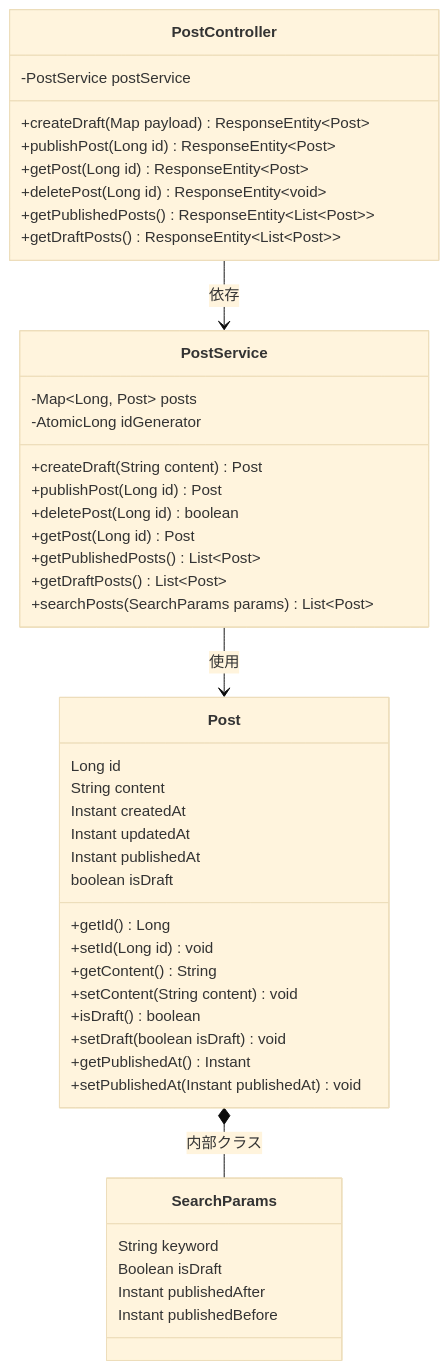
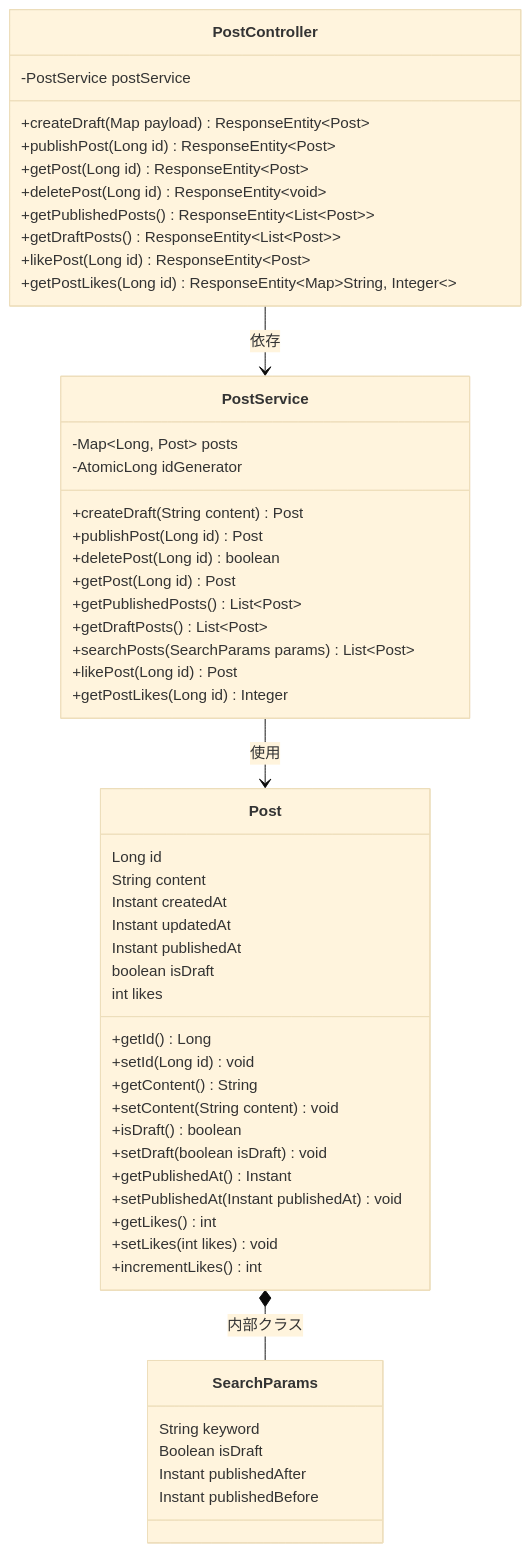
The first of 3 diagrams in README.md (ihcomega56/github-demo-2506), drawn with Mermaid (base theme) before and after one commit. The commit also changed other lines of this file and 6 other files, not shown here.

````diff
--- a/README.md
+++ b/README.md
@@ -4,53 +4,61 @@
 ```mermaid
 classDiagram
     class Post {
         Long id
         String content
         Instant createdAt
         Instant updatedAt
         Instant publishedAt
         boolean isDraft
+        int likes
         +getId() Long
         +setId(Long id) void
         +getContent() String
         +setContent(String content) void
         +isDraft() boolean
         +setDraft(boolean isDraft) void
         +getPublishedAt() Instant
         +setPublishedAt(Instant publishedAt) void
+        +getLikes() int
+        +setLikes(int likes) void
+        +incrementLikes() int
     }
     
     class PostService {
         -Map~Long, Post~ posts
         -AtomicLong idGenerator
         +createDraft(String content) Post
         +publishPost(Long id) Post
         +deletePost(Long id) boolean
         +getPost(Long id) Post
         +getPublishedPosts() List~Post~
         +getDraftPosts() List~Post~
         +searchPosts(SearchParams params) List~Post~
+        +likePost(Long id) Post
+        +getPostLikes(Long id) Integer
     }
     
     class PostController {
         -PostService postService
         +createDraft(Map payload) ResponseEntity~Post~
         +publishPost(Long id) ResponseEntity~Post~
         +getPost(Long id) ResponseEntity~Post~
         +deletePost(Long id) ResponseEntity~void~
         +getPublishedPosts() ResponseEntity~List~Post~~
         +getDraftPosts() ResponseEntity~List~Post~~
+        +likePost(Long id) ResponseEntity~Post~
+        +getPostLikes(Long id) ResponseEntity~Map~String, Integer~~
     }
     
     class SearchParams {
         String keyword
         Boolean isDraft
         Instant publishedAfter
         Instant publishedBefore
     }
     
     PostController --> PostService : 依存
     PostService --> Post : 使用
     Post *-- SearchParams : 内部クラス
 
 ```
````
